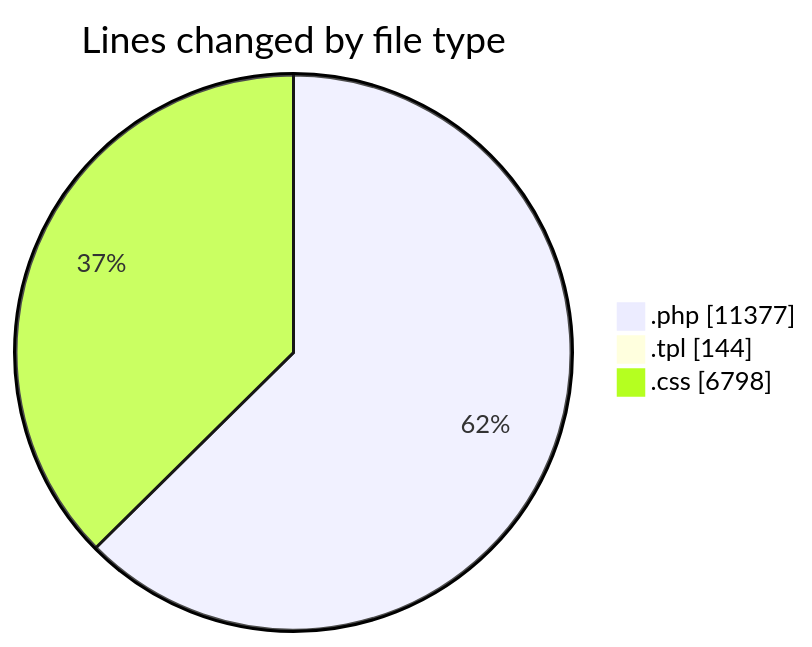
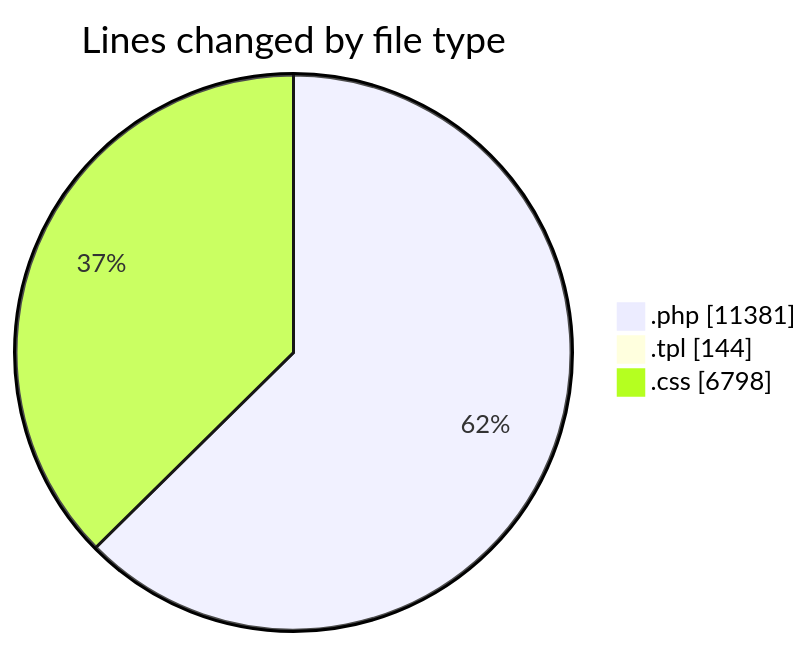
Before and after one commit to vahidmafi/code-tracking: the first of 2 diagrams in 2025-10-04/shop/README.md, drawn with Mermaid. The commit also changed other lines of this file and 1 other file, not shown here.

````diff
--- a/2025-10-04/shop/README.md
+++ b/2025-10-04/shop/README.md
@@ -41,7 +41,7 @@
 ```mermaid
 pie showData
 title Lines changed by file type
-".php" : 11377
+".php" : 11381
 ".tpl" : 144
 ".css" : 6798
 ```
````
